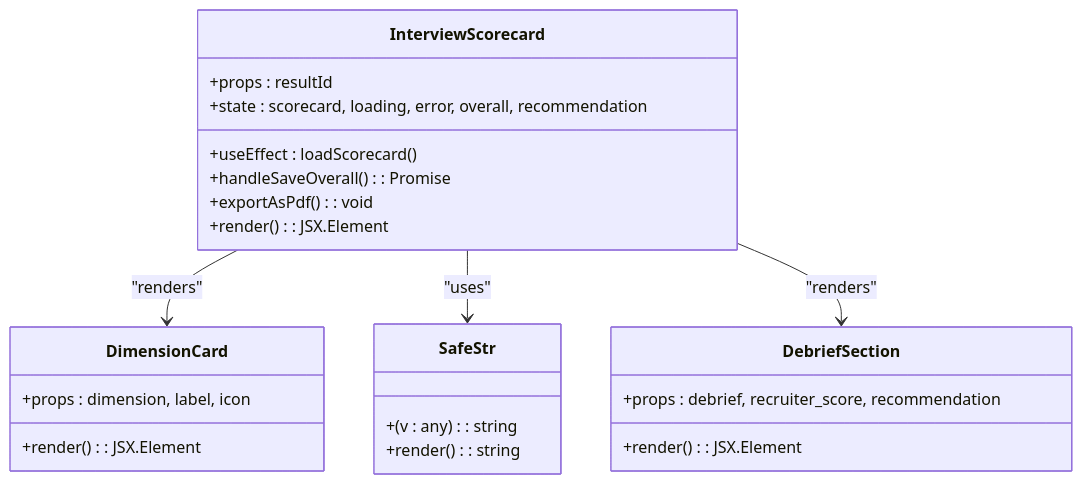
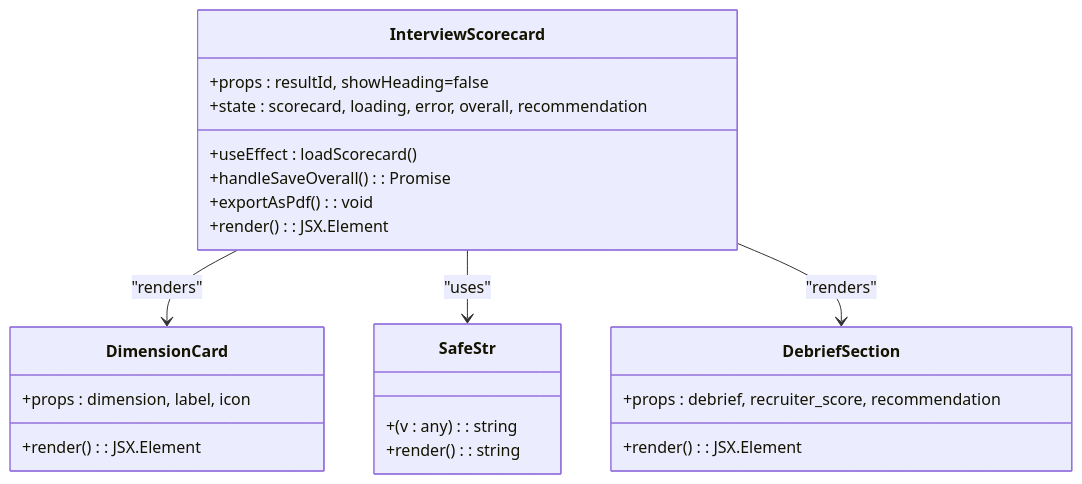
Before and after one commit to Revanththetalogics/aireume: the fourth of 10 diagrams in .qoder/repowiki/en/content/Frontend Architecture/Component Library/Interview Scorecard Component.md, drawn with Mermaid. The commit also changed other lines of this file and 69 other files, not shown here.

````diff
--- a/.qoder/repowiki/en/content/Frontend Architecture/Component Library/Interview Scorecard Component.md
+++ b/.qoder/repowiki/en/content/Frontend Architecture/Component Library/Interview Scorecard Component.md
@@ -242,26 +255,26 @@
 ```mermaid
 classDiagram
 class InterviewScorecard {
-+props : resultId
++props : resultId, showHeading=false
 +state : scorecard, loading, error, overall, recommendation
 +useEffect : loadScorecard()
 +handleSaveOverall() : Promise
 +exportAsPdf() : void
 +render() : JSX.Element
 }
 class DimensionCard {
 +props : dimension, label, icon
 +render() : JSX.Element
 }
 class SafeStr {
 +(v : any) : string
 +render() : string
 }
 class DebriefSection {
 +props : debrief, recruiter_score, recommendation
 +render() : JSX.Element
 }
 InterviewScorecard --> DimensionCard : "renders"
 InterviewScorecard --> SafeStr : "uses"
 InterviewScorecard --> DebriefSection : "renders"
 ```
````
